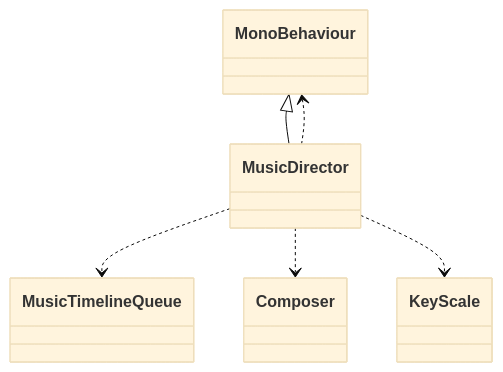
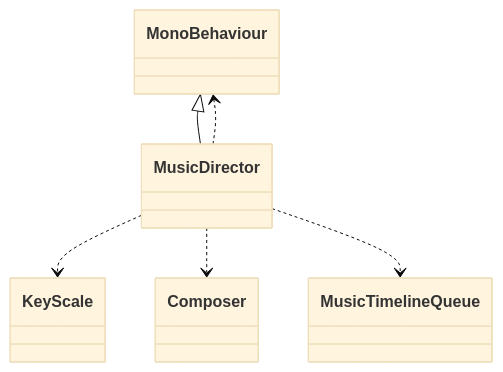
Before and after one commit to schnock-art/project_inspector: the sixth of 39 diagrams in test/test.md, drawn with Mermaid (base theme). The commit also changed other lines of this file and 1 other file, not shown here.

Commit message:
Removed empty mermaid

````diff
--- a/test/test.md
+++ b/test/test.md
@@ -225,8 +225,8 @@
 ```mermaid
 classDiagram
 MonoBehaviour <|-- MusicDirector
+MusicDirector ..> KeyScale
+MusicDirector ..> Composer
+MusicDirector ..> MusicTimelineQueue
 MusicDirector ..> MonoBehaviour
-MusicDirector ..> MusicTimelineQueue
-MusicDirector ..> Composer
-MusicDirector ..> KeyScale
 ```
````
